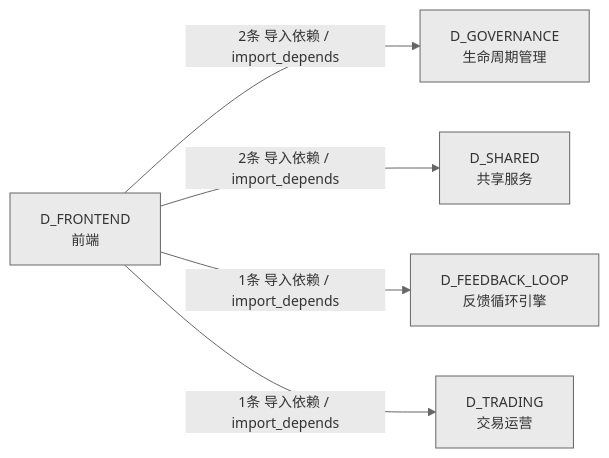
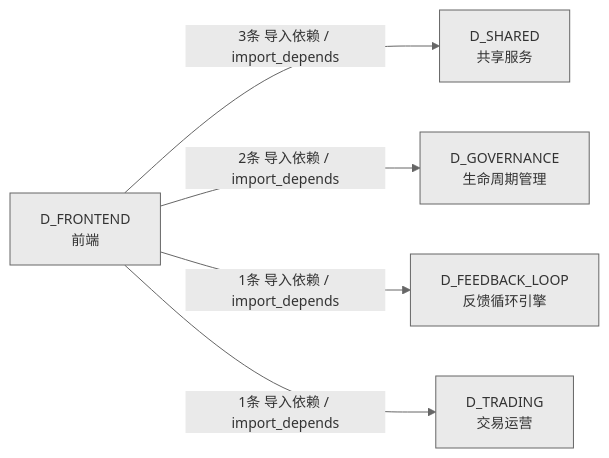
Before and after one commit to xuanFelixVan/ZephyrAlpha: the fourth of 4 diagrams in docs/02_enterprise_architecture/02_domain_architecture_docs/47_d_frontend.md, drawn with Mermaid. The commit also changed other lines of this file and 46 other files, not shown here.

````diff
--- a/docs/02_enterprise_architecture/02_domain_architecture_docs/47_d_frontend.md
+++ b/docs/02_enterprise_architecture/02_domain_architecture_docs/47_d_frontend.md
@@ -211,13 +249,13 @@
 ```mermaid
 %%{init: {'theme': 'base', 'themeVariables': {'primaryColor': '#eaeaea', 'primaryTextColor': '#333333', 'primaryBorderColor': '#666666', 'lineColor': '#666666', 'secondaryColor': '#eaeaea', 'tertiaryColor': '#eaeaea', 'fontSize': '14px'}}}%%
 graph LR
     D_FRONTEND["D_FRONTEND<br/>前端"]
+    D_SHARED["D_SHARED<br/>共享服务"]
     D_GOVERNANCE["D_GOVERNANCE<br/>生命周期管理"]
-    D_SHARED["D_SHARED<br/>共享服务"]
     D_FEEDBACK_LOOP["D_FEEDBACK_LOOP<br/>反馈循环引擎"]
     D_TRADING["D_TRADING<br/>交易运营"]
+    D_FRONTEND -->|3条 导入依赖 / import_depends| D_SHARED
     D_FRONTEND -->|2条 导入依赖 / import_depends| D_GOVERNANCE
-    D_FRONTEND -->|2条 导入依赖 / import_depends| D_SHARED
     D_FRONTEND -->|1条 导入依赖 / import_depends| D_FEEDBACK_LOOP
     D_FRONTEND -->|1条 导入依赖 / import_depends| D_TRADING
 ```
````
